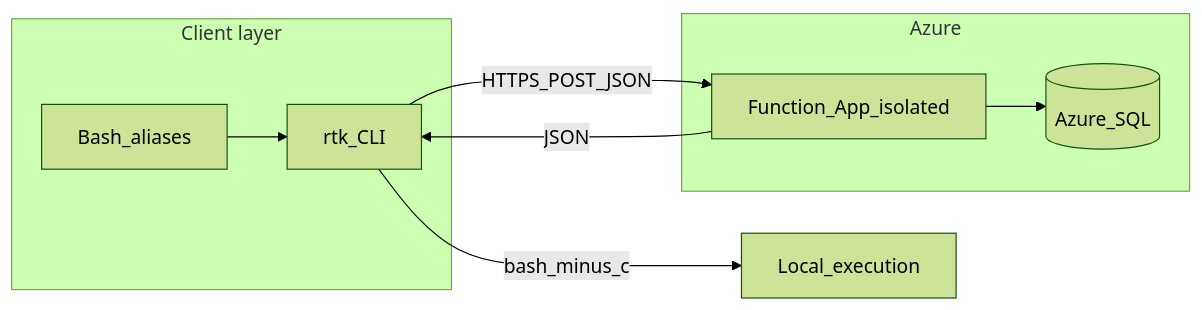
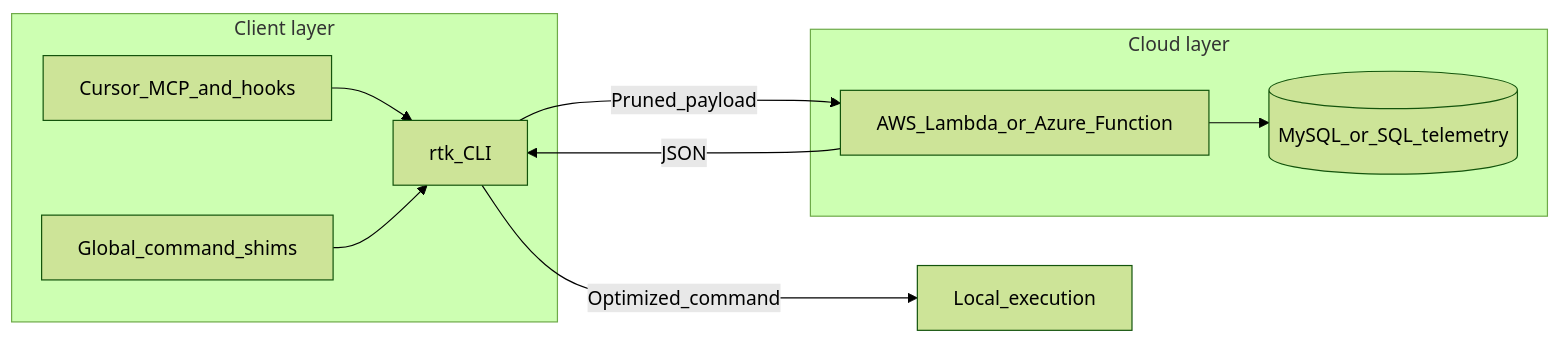
One commit to ChefRod88/rtk-orchestration-middleware changed the diagram in README.md. Above: the diagram before and after it, drawn with Mermaid (forest theme). The commit also changed other lines of this file and 1 other file, not shown here.

Commit message:
Add RTK end user guide

````diff
--- a/README.md
+++ b/README.md
@@ -44,16 +82,18 @@
 ```mermaid
 flowchart LR
   subgraph client [Client layer]
-    Bash[Bash_aliases]
+    Cursor[Cursor_MCP_and_hooks]
+    Shims[Global_command_shims]
     RTK[rtk_CLI]
-    Bash --> RTK
+    Cursor --> RTK
+    Shims --> RTK
   end
-  subgraph cloud [Azure]
-    Fn[Function_App_isolated]
-    Sql[(Azure_SQL)]
-    RTK -->|HTTPS_POST_JSON| Fn
+  subgraph cloud [Cloud layer]
+    Fn[AWS_Lambda_or_Azure_Function]
+    Sql[(MySQL_or_SQL_telemetry)]
+    RTK -->|Pruned_payload| Fn
     Fn --> Sql
   end
-  RTK -->|bash_minus_c| Exec[Local_execution]
+  RTK -->|Optimized_command| Exec[Local_execution]
   Fn -->|JSON| RTK
 ```
````
